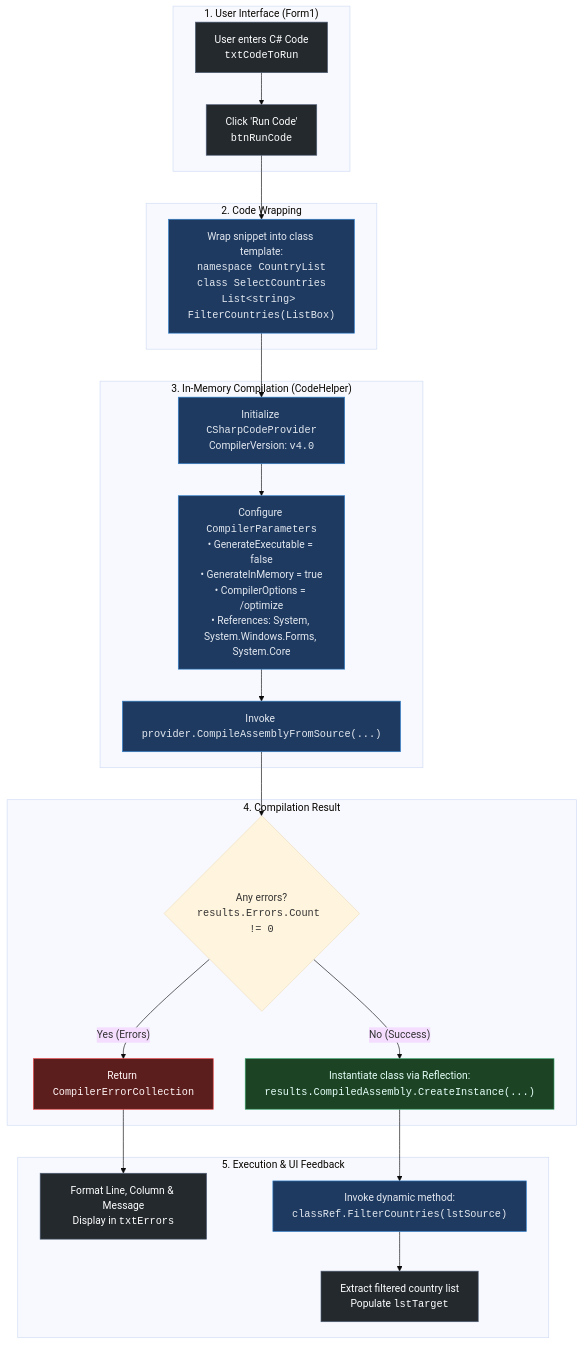
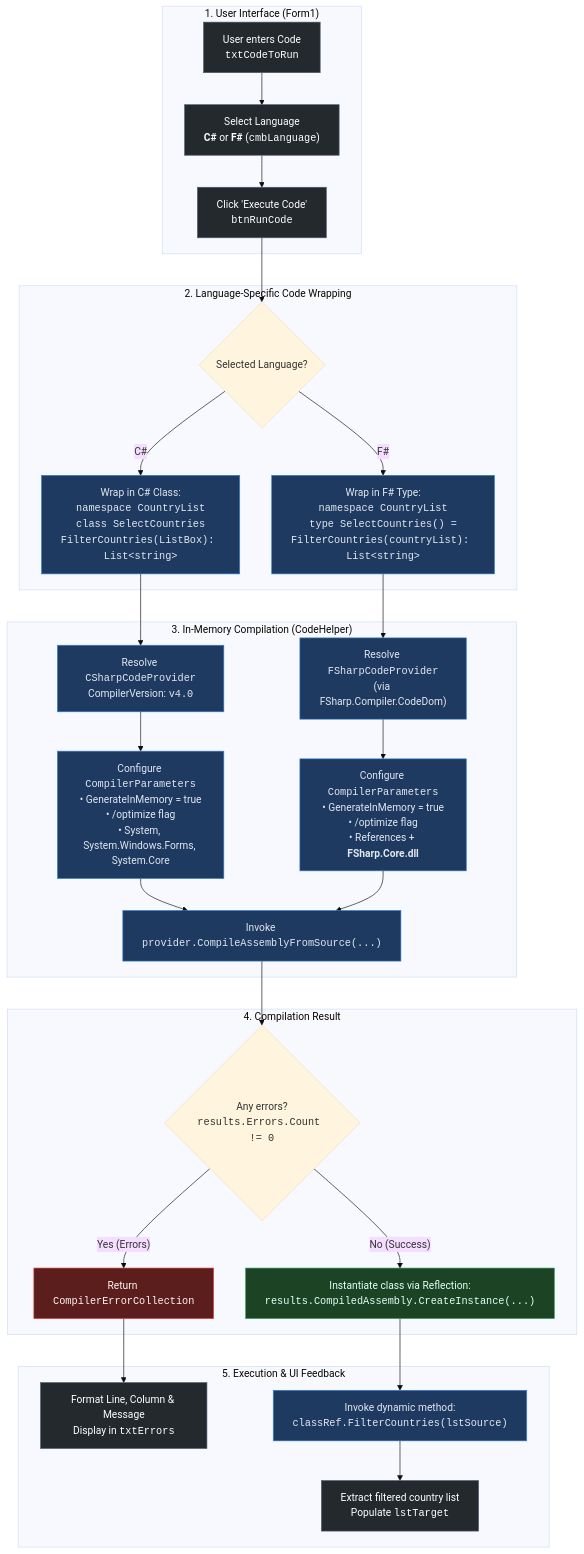
One commit to roboter/DinamiclyExecuteCode.NET changed the first of 2 diagrams in readme.md. Above: the diagram before and after it, drawn with Mermaid (base theme). The commit also changed other lines of this file and 6 other files, not shown here.

Commit message:
feat: add F# support alongside C# for dynamic runtime code execution

````diff
--- a/readme.md
+++ b/readme.md
@@ -26,38 +33,44 @@
 ```mermaid
 flowchart TD
     subgraph UI["1. User Interface (Form1)"]
-        A["User enters C# Code<br/><code>txtCodeToRun</code>"] --> B["Click 'Run Code'<br/><code>btnRunCode</code>"]
+        A["User enters Code<br/><code>txtCodeToRun</code>"] --> B["Select Language<br/><b>C#</b> or <b>F#</b> (<code>cmbLanguage</code>)"]
+        B --> C["Click 'Execute Code'<br/><code>btnRunCode</code>"]
     end
 
-    subgraph Prepare["2. Code Wrapping"]
-        B --> C["Wrap snippet into class template:<br/><code>namespace CountryList</code><br/><code>class SelectCountries</code><br/><code>List&lt;string&gt; FilterCountries(ListBox)</code>"]
+    subgraph Prepare["2. Language-Specific Code Wrapping"]
+        C --> D{"Selected Language?"}
+        D -- "C#" --> E["Wrap in C# Class:<br/><code>namespace CountryList</code><br/><code>class SelectCountries</code><br/><code>FilterCountries(ListBox): List&lt;string&gt;</code>"]
+        D -- "F#" --> F["Wrap in F# Type:<br/><code>namespace CountryList</code><br/><code>type SelectCountries() =</code><br/><code>FilterCountries(countryList): List&lt;string&gt;</code>"]
     end
 
     subgraph Compile["3. In-Memory Compilation (CodeHelper)"]
-        C --> D["Initialize <code>CSharpCodeProvider</code><br/>CompilerVersion: <code>v4.0</code>"]
-        D --> E["Configure <code>CompilerParameters</code><br/>• GenerateExecutable = false<br/>• GenerateInMemory = true<br/>• CompilerOptions = /optimize<br/>• References: System, System.Windows.Forms, System.Core"]
-        E --> F["Invoke <code>provider.CompileAssemblyFromSource(...)</code>"]
+        E --> G["Resolve <code>CSharpCodeProvider</code><br/>CompilerVersion: <code>v4.0</code>"]
+        F --> H["Resolve <code>FSharpCodeProvider</code><br/>(via FSharp.Compiler.CodeDom)"]
+        G --> I["Configure <code>CompilerParameters</code><br/>• GenerateInMemory = true<br/>• /optimize flag<br/>• System, System.Windows.Forms, System.Core"]
+        H --> J["Configure <code>CompilerParameters</code><br/>• GenerateInMemory = true<br/>• /optimize flag<br/>• References + <b>FSharp.Core.dll</b>"]
+        I --> K["Invoke <code>provider.CompileAssemblyFromSource(...)</code>"]
+        J --> K
     end
 
     subgraph ResultBranch["4. Compilation Result"]
-        F --> G{"Any errors?<br/><code>results.Errors.Count != 0</code>"}
-        G -- Yes (Errors) --> H["Return <code>CompilerErrorCollection</code>"]
-        G -- No (Success) --> I["Instantiate class via Reflection:<br/><code>results.CompiledAssembly.CreateInstance(...)</code>"]
+        K --> L{"Any errors?<br/><code>results.Errors.Count != 0</code>"}
+        L -- Yes (Errors) --> M["Return <code>CompilerErrorCollection</code>"]
+        L -- No (Success) --> N["Instantiate class via Reflection:<br/><code>results.CompiledAssembly.CreateInstance(...)</code>"]
     end
 
     subgraph Execution["5. Execution & UI Feedback"]
-        H --> J["Format Line, Column & Message<br/>Display in <code>txtErrors</code>"]
-        I --> K["Invoke dynamic method:<br/><code>classRef.FilterCountries(lstSource)</code>"]
-        K --> L["Extract filtered country list<br/>Populate <code>lstTarget</code>"]
+        M --> O["Format Line, Column & Message<br/>Display in <code>txtErrors</code>"]
+        N --> P["Invoke dynamic method:<br/><code>classRef.FilterCountries(lstSource)</code>"]
+        P --> Q["Extract filtered country list<br/>Populate <code>lstTarget</code>"]
     end
 
     classDef ui fill:#24292e,stroke:#4f5d75,stroke-width:1px,color:#ffffff;
     classDef process fill:#1f3a60,stroke:#3182ce,stroke-width:1px,color:#e2e8f0;
     classDef success fill:#1c4424,stroke:#38a169,stroke-width:1px,color:#e6fffa;
     classDef failure fill:#5c1d1d,stroke:#e53e3e,stroke-width:1px,color:#fff5f5;
 
-    class A,B,J,L ui;
-    class C,D,E,F,K process;
-    class I success;
-    class H failure;
+    class A,B,C,O,Q ui;
+    class E,F,G,H,I,J,K,P process;
+    class N success;
+    class M failure;
 ```
````
